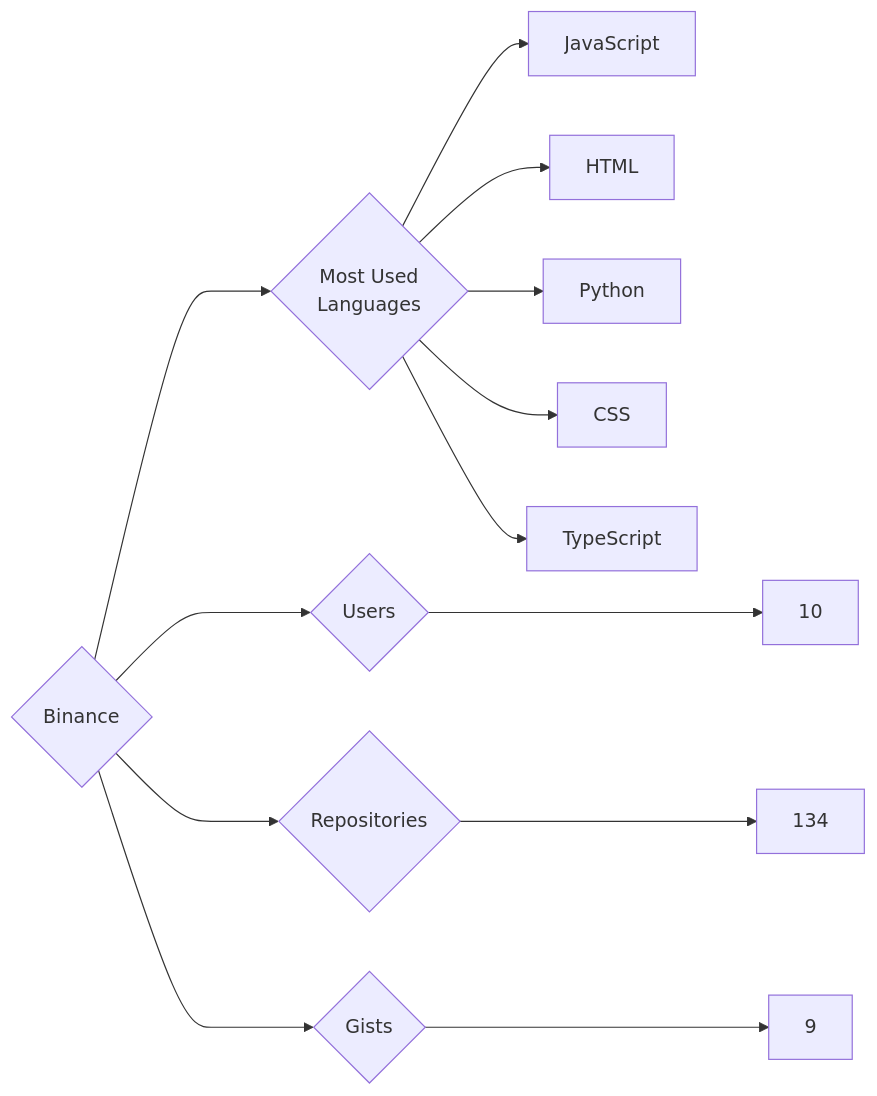
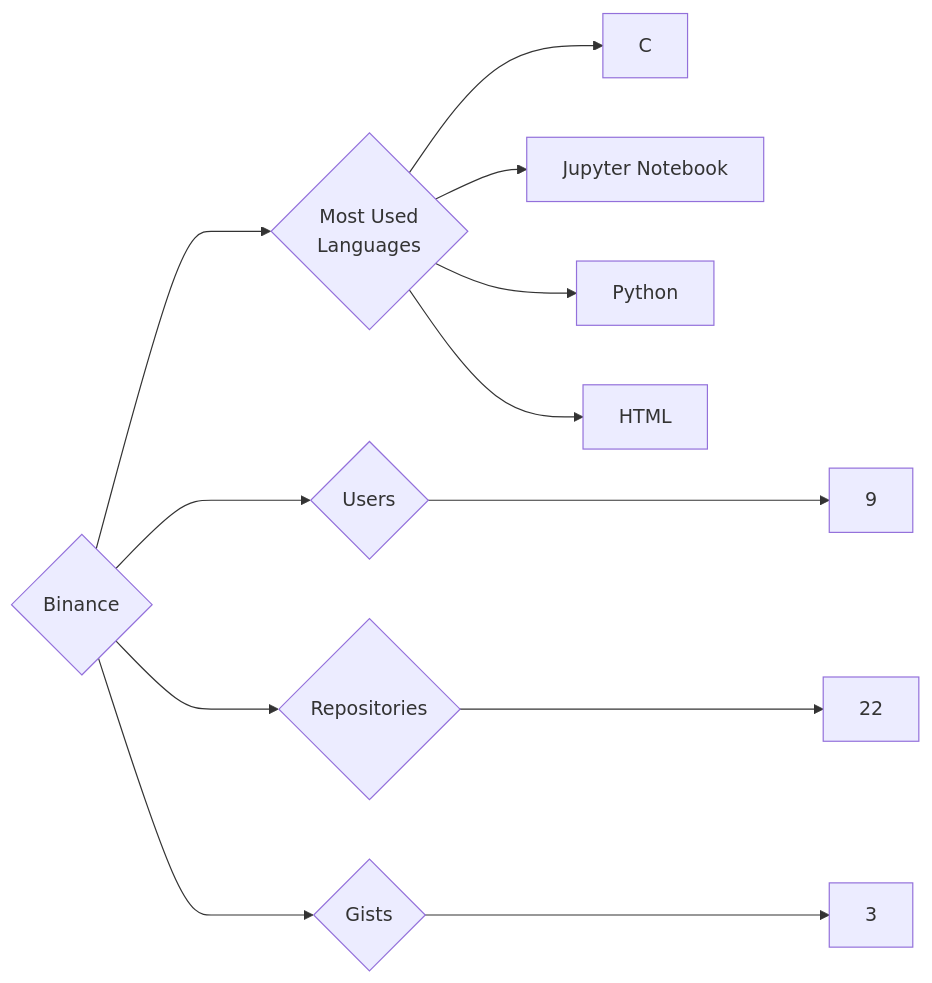
One commit to trickest/insiders changed the diagram in targets/Binance/README.md. Above: the diagram before and after it, drawn with Mermaid. The commit also changed 777 other files, not shown here.

````diff
--- a/targets/Binance/README.md
+++ b/targets/Binance/README.md
@@ -3,13 +3,12 @@
 ```mermaid
 graph LR
 COMPANY_NAME{Binance}
-COMPANY_NAME ---> U{Users} ---> UN[10]
-COMPANY_NAME ---> R{Repositories} ---> RN[134]
-COMPANY_NAME ---> G{Gists} ---> GN[9]
+COMPANY_NAME ---> U{Users} ---> UN[9]
+COMPANY_NAME ---> R{Repositories} ---> RN[22]
+COMPANY_NAME ---> G{Gists} ---> GN[3]
 COMPANY_NAME ---> ML{Most Used<br>Languages}
-ML --> JavaScript[JavaScript]
+ML --> C[C]
+ML --> Jupyter_Notebook[Jupyter Notebook]
+ML --> Python[Python]
 ML --> HTML[HTML]
-ML --> Python[Python]
-ML --> CSS[CSS]
-ML --> TypeScript[TypeScript]
 ```
````
